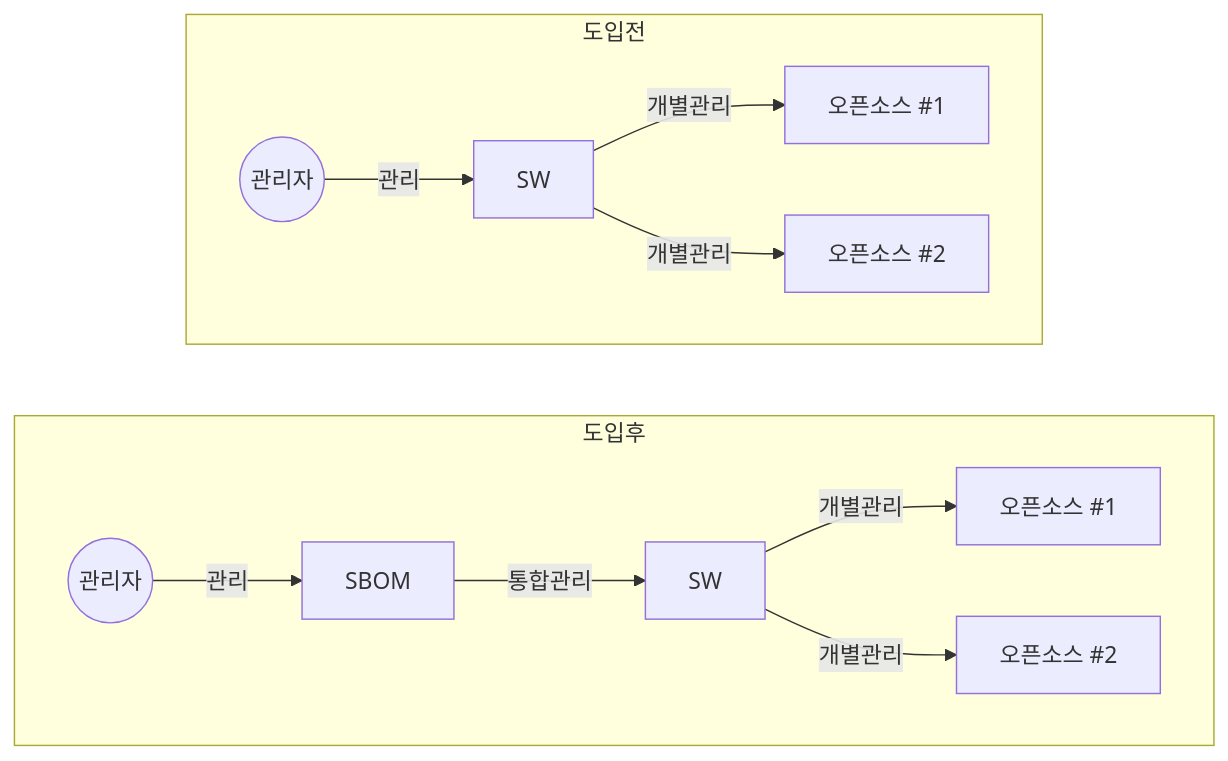
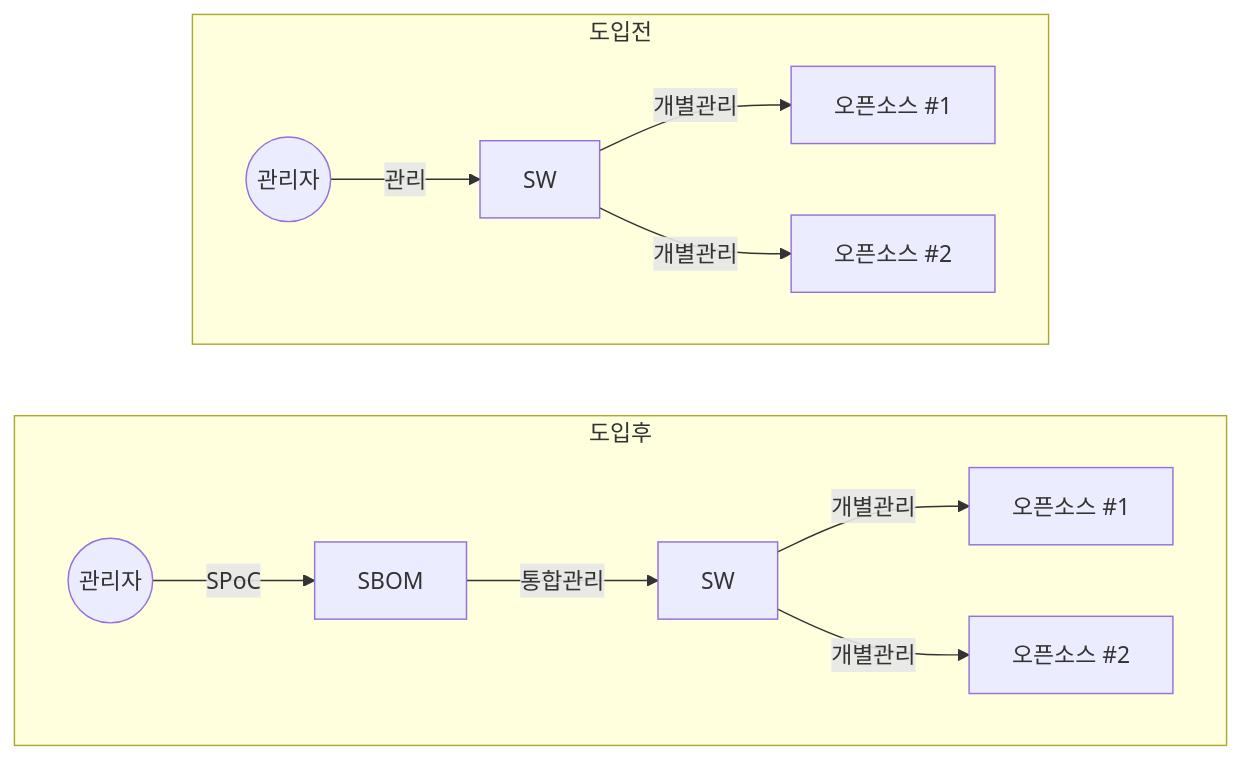
The diagram in blog/pe/security/sbom.md (gracefullight/gracefullight.github.io), drawn with Mermaid before and after one commit. The commit also changed other lines of this file and 3 other files, not shown here.

````diff
--- a/blog/pe/security/sbom.md
+++ b/blog/pe/security/sbom.md
@@ -20,18 +20,18 @@
 ```mermaid
 graph LR
   subgraph 도입후
     direction LR
       관리자2((관리자))
-      관리자2 -->|관리|SBOM
+      관리자2 -->|SPoC|SBOM
       SBOM-->|통합관리|SW2[SW] 
       SW2 -->|개별관리|오픈소스2-1[오픈소스 #1]
       SW2 -->|개별관리|오픈소스2-2[오픈소스 #2]
   end
   subgraph 도입전
     direction LR
       관리자1((관리자))
       관리자1 -->|관리|SW1[SW] 
       SW1 -->|개별관리|오픈소스1-1[오픈소스 #1]
       SW1 -->|개별관리|오픈소스1-2[오픈소스 #2]
   end
 ```
````
